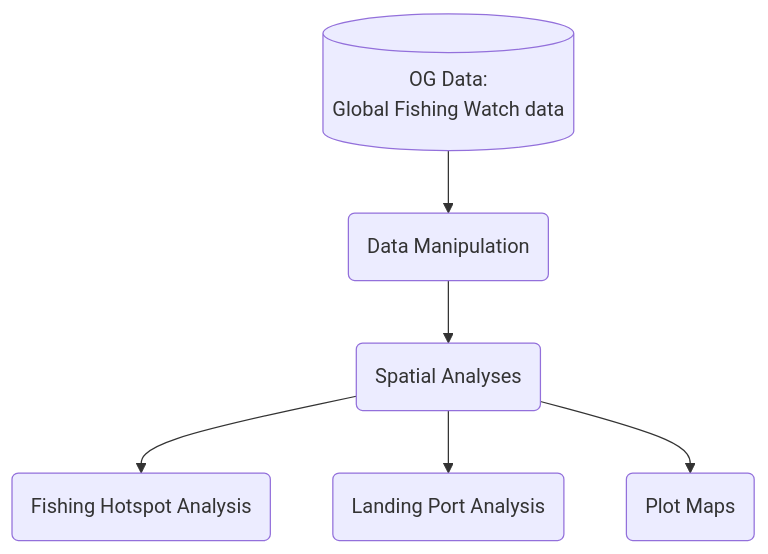
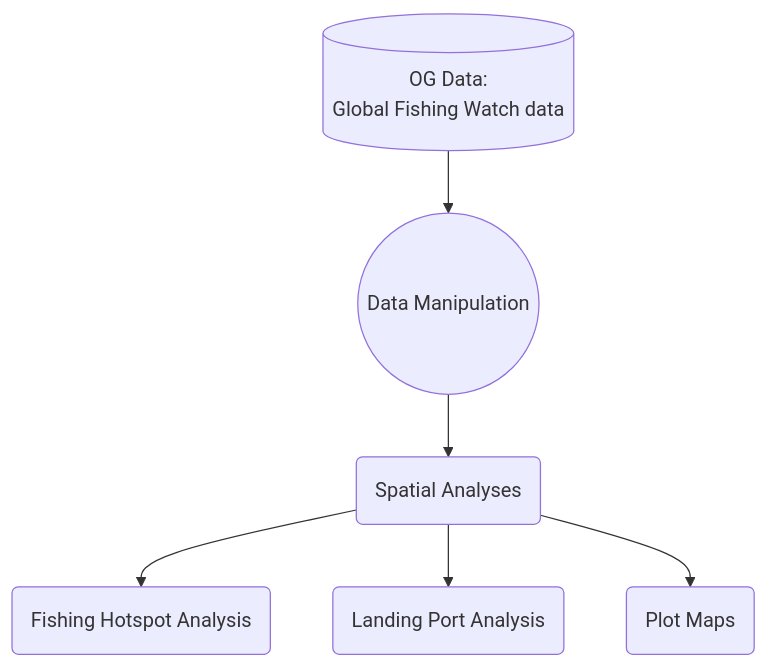
One commit to cake-oh/supply-chain changed the diagram in mermaid_trial.md. Above: the diagram before and after it, drawn with Mermaid.

````diff
--- a/mermaid_trial.md
+++ b/mermaid_trial.md
@@ -4,12 +4,12 @@
 ``` mermaid
 flowchart TD
 
 id1[(OG Data: \nGlobal Fishing Watch data)] --> id2((Data Manipulation))
-id2(Data Manipulation) --> id3(Spatial Analyses)
+id2((Data Manipulation)) --> id3(Spatial Analyses)
 id3(Spatial Analyses) --> id4(Fishing Hotspot Analysis)
 id3(Spatial Analyses) --> id5(Landing Port Analysis)
 id3(Spatial Analyses) --> id6(Plot Maps)
 
 
 
 ```
````
